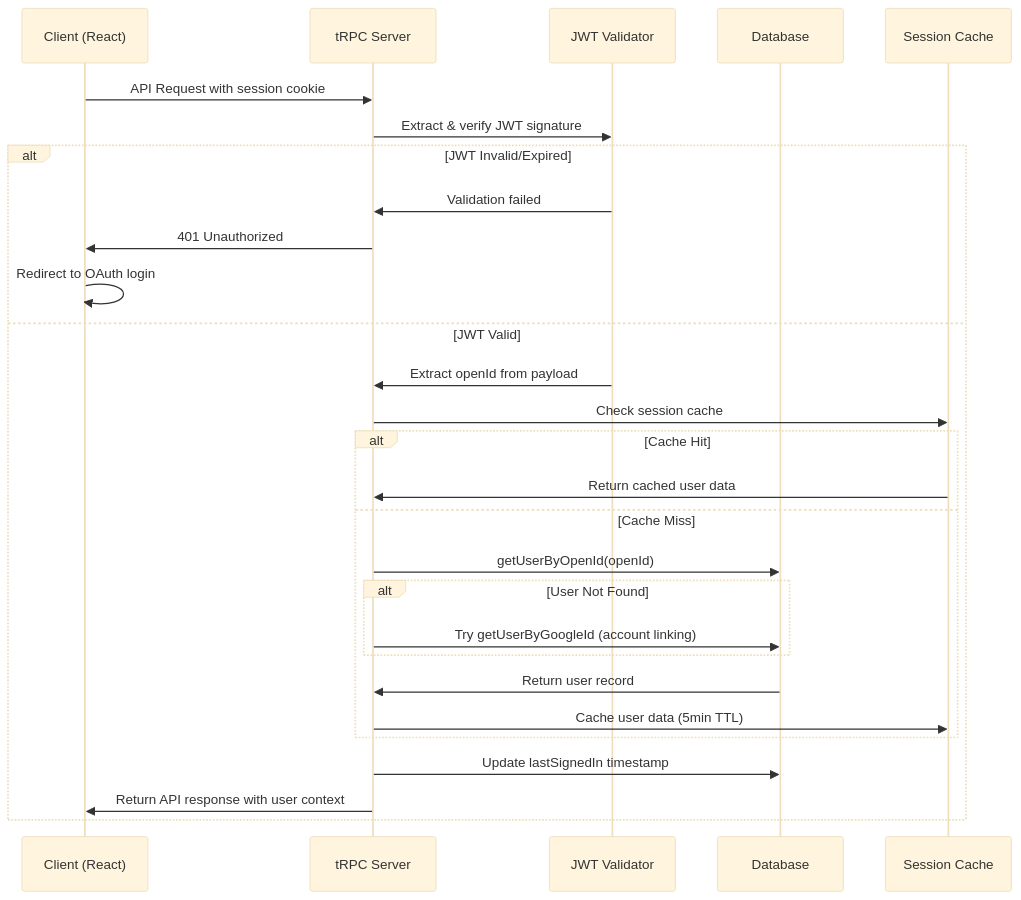
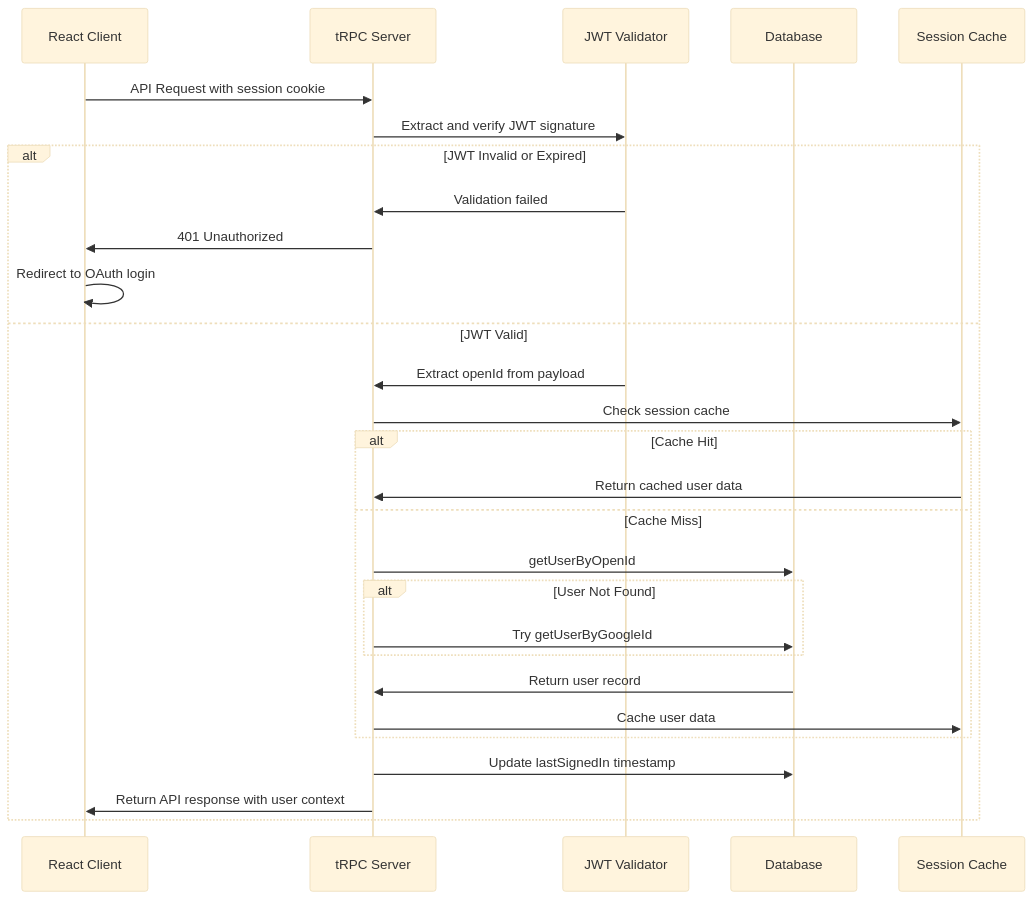
The seventh of 8 diagrams in README.md (NobleVision/GOGETTER), drawn with Mermaid (base theme) before and after one commit. The commit also changed other lines of this file and 10 other files, not shown here.

````diff
--- a/README.md
+++ b/README.md
@@ -348,34 +387,34 @@
 ```mermaid
 sequenceDiagram
-    participant Client as Client (React)
+    participant Client as React Client
     participant Server as tRPC Server
     participant JWT as JWT Validator
     participant DB as Database
     participant Cache as Session Cache
 
     Client->>Server: API Request with session cookie
-    Server->>JWT: Extract & verify JWT signature
-    
-    alt JWT Invalid/Expired
+    Server->>JWT: Extract and verify JWT signature
+
+    alt JWT Invalid or Expired
         JWT->>Server: Validation failed
         Server->>Client: 401 Unauthorized
         Client->>Client: Redirect to OAuth login
     else JWT Valid
         JWT->>Server: Extract openId from payload
         Server->>Cache: Check session cache
-        
+
         alt Cache Hit
             Cache->>Server: Return cached user data
         else Cache Miss
-            Server->>DB: getUserByOpenId(openId)
+            Server->>DB: getUserByOpenId
             alt User Not Found
-                Server->>DB: Try getUserByGoogleId (account linking)
+                Server->>DB: Try getUserByGoogleId
             end
             DB->>Server: Return user record
-            Server->>Cache: Cache user data (5min TTL)
+            Server->>Cache: Cache user data
         end
-        
+
         Server->>DB: Update lastSignedIn timestamp
         Server->>Client: Return API response with user context
     end
 ```
````
